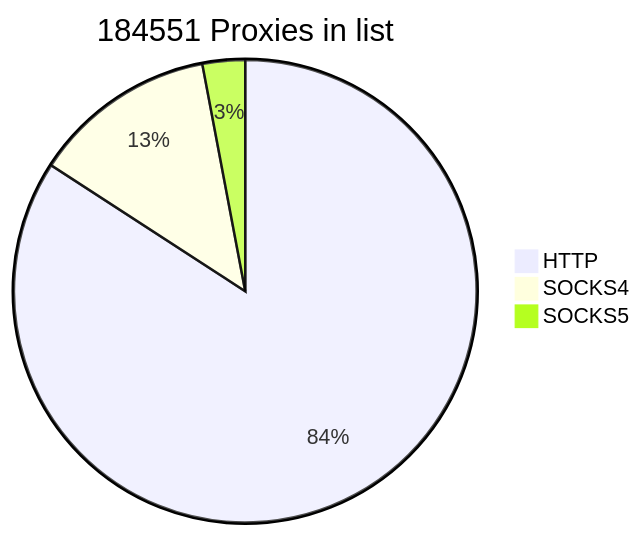
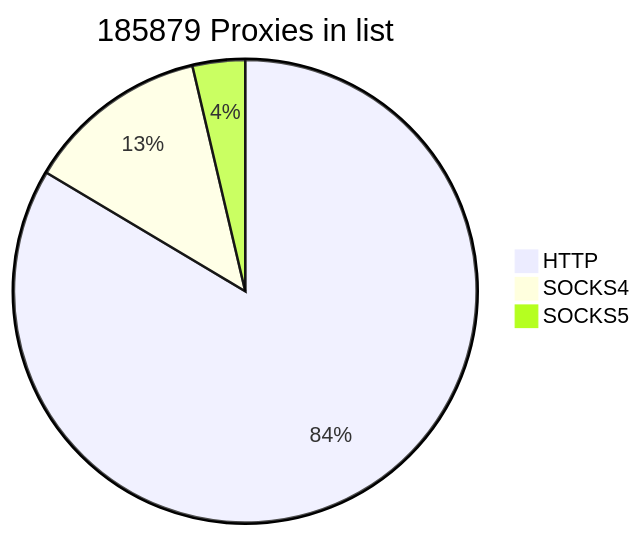
Before and after one commit to cutipu/proxylist: the first of 2 diagrams in README.md, drawn with Mermaid. The commit also changed other lines of this file, not shown here.

````diff
--- a/README.md
+++ b/README.md
@@ -2,7 +2,7 @@
 ```mermaid
-pie title 184551 Proxies in list
+pie title 185879 Proxies in list
     "HTTP" : 155326
     "SOCKS4" : 23736
-    "SOCKS5" : 5489
+    "SOCKS5" : 6817
             
 ```
````
